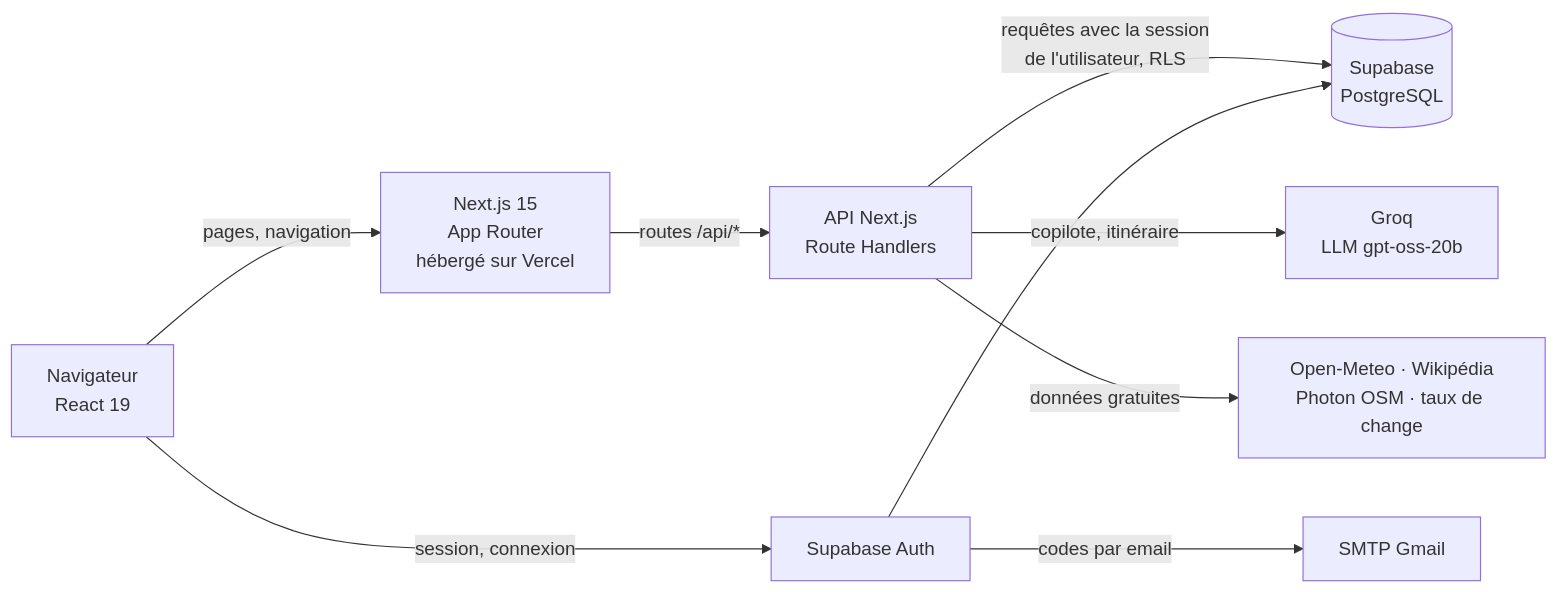
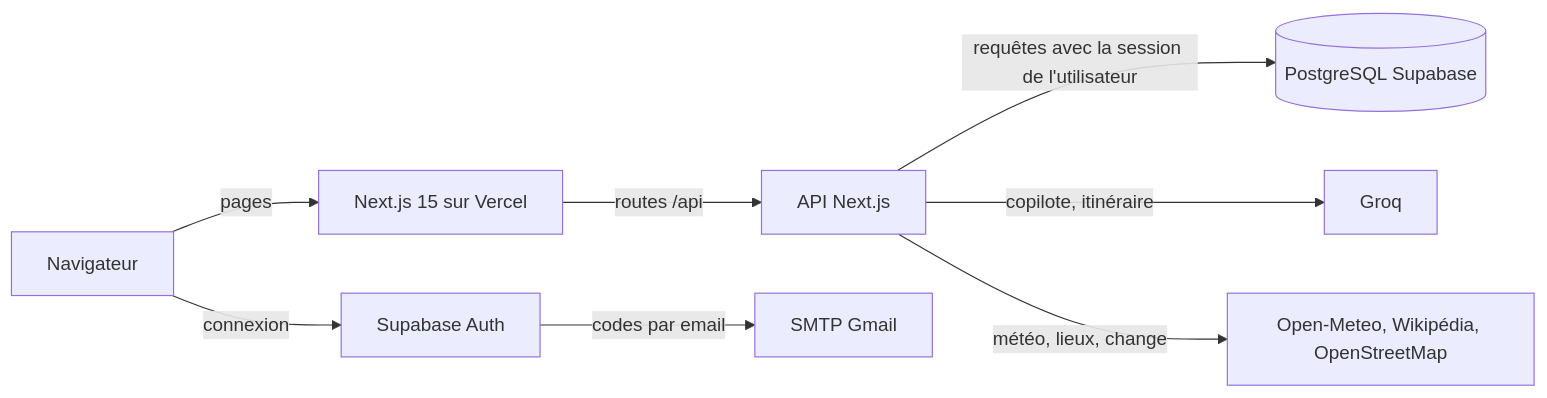
The first of 4 diagrams in docs/ARCHITECTURE.md (Othmanebke/O-Flyes), drawn with Mermaid before and after one commit. The commit also changed other lines of this file and 3 other files, not shown here.

````diff
--- a/docs/ARCHITECTURE.md
+++ b/docs/ARCHITECTURE.md
@@ -8,11 +8,10 @@
 ```mermaid
 flowchart LR
-    U[Navigateur<br/>React 19] -->|pages, navigation| N[Next.js 15<br/>App Router<br/>hébergé sur Vercel]
-    U -->|session, connexion| SA[Supabase Auth]
-    N -->|routes /api/*| API[API Next.js<br/>Route Handlers]
-    API -->|requêtes avec la session<br/>de l'utilisateur, RLS| DB[(Supabase<br/>PostgreSQL)]
-    API -->|copilote, itinéraire| G[Groq<br/>LLM gpt-oss-20b]
-    API -->|données gratuites| EXT[Open-Meteo · Wikipédia<br/>Photon OSM · taux de change]
-    SA --> DB
+    U[Navigateur] -->|pages| N[Next.js 15 sur Vercel]
+    U -->|connexion| SA[Supabase Auth]
+    N -->|routes /api| API[API Next.js]
+    API -->|requêtes avec la session de l'utilisateur| DB[(PostgreSQL Supabase)]
+    API -->|copilote, itinéraire| G[Groq]
+    API -->|météo, lieux, change| EXT[Open-Meteo, Wikipédia, OpenStreetMap]
     SA -->|codes par email| M[SMTP Gmail]
 ```
````
